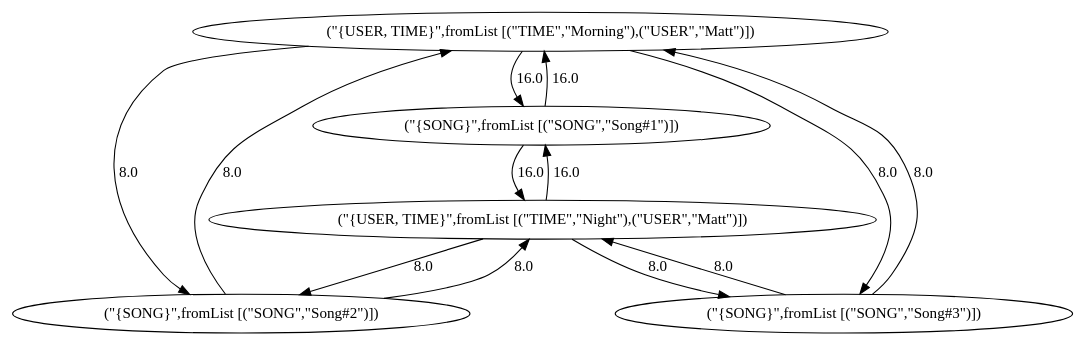
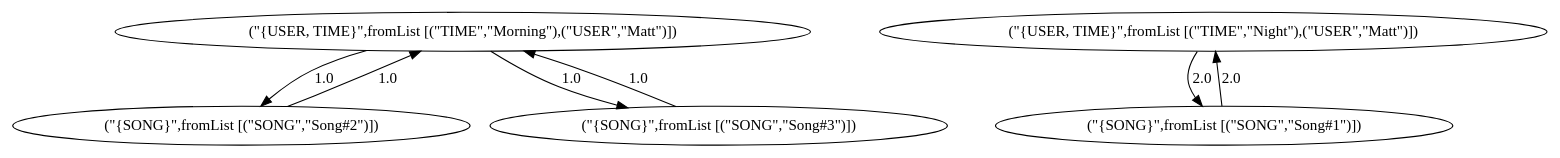
The diagram in part 3 - peter/q2_recommender_systems_aggregation/agg.dot (Thomas-Herrmann/Machine-learning-exam-self-studies), drawn with Graphviz before and after one commit. The commit also changed 2 other files, not shown here.

```diff
--- a/part 3 - peter/q2_recommender_systems_aggregation/agg.dot
+++ b/part 3 - peter/q2_recommender_systems_aggregation/agg.dot
@@ -1,19 +1,13 @@
 digraph G {
-1 -> 4[label="16.0"];
-1 -> 3[label="8.0"];
-1 -> 2[label="8.0"];
-2 -> 5[label="8.0"];
-2 -> 1[label="8.0"];
-3 -> 5[label="8.0"];
-3 -> 1[label="8.0"];
-4 -> 5[label="16.0"];
-4 -> 1[label="16.0"];
-5 -> 4[label="16.0"];
-5 -> 3[label="8.0"];
-5 -> 2[label="8.0"];
+1 -> 3[label="1.0"];
+1 -> 2[label="1.0"];
+2 -> 1[label="1.0"];
+3 -> 1[label="1.0"];
+4 -> 5[label="2.0"];
+5 -> 4[label="2.0"];
 1 [label="(\"{USER, TIME}\",fromList [(\"TIME\",\"Morning\"),(\"USER\",\"Matt\")])"];
 2 [label="(\"{SONG}\",fromList [(\"SONG\",\"Song#3\")])"];
 3 [label="(\"{SONG}\",fromList [(\"SONG\",\"Song#2\")])"];
-4 [label="(\"{SONG}\",fromList [(\"SONG\",\"Song#1\")])"];
-5 [label="(\"{USER, TIME}\",fromList [(\"TIME\",\"Night\"),(\"USER\",\"Matt\")])"];
+4 [label="(\"{USER, TIME}\",fromList [(\"TIME\",\"Night\"),(\"USER\",\"Matt\")])"];
+5 [label="(\"{SONG}\",fromList [(\"SONG\",\"Song#1\")])"];
 }
```
